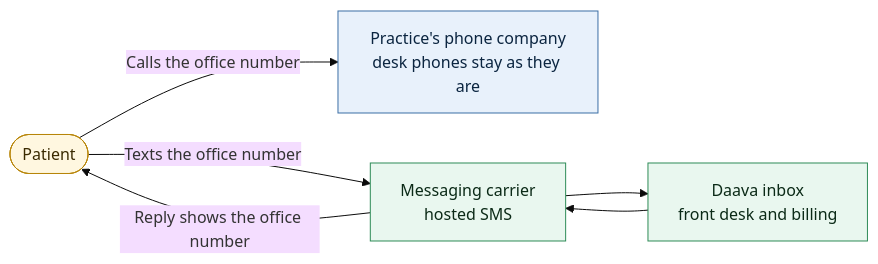
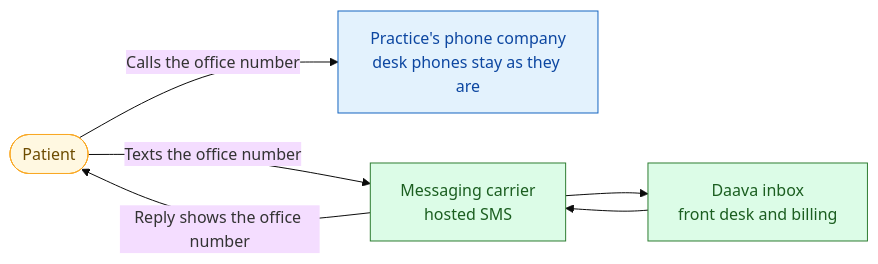
The second of 5 diagrams in docs/office-number-texting-report.md (daava-hq/shared-docs), drawn with Mermaid (base theme) before and after one commit. The commit also changed other lines of this file and 1 other file, not shown here.

````diff
--- a/docs/office-number-texting-report.md
+++ b/docs/office-number-texting-report.md
@@ -18,16 +83,17 @@
 ```mermaid
 flowchart LR
   PAT(["Patient"])
   PAT -- "Calls the office number" --> VOICE["Practice's phone company<br/>desk phones stay as they are"]
   PAT -- "Texts the office number" --> HOST["Messaging carrier<br/>hosted SMS"]
   HOST --> INBOX["Daava inbox<br/>front desk and billing"]
   INBOX --> HOST
   HOST -- "Reply shows the office number" --> PAT
 
-  classDef voice fill:#e8f1fb,stroke:#3b6ea5,color:#0b2540;
-  classDef host fill:#e9f7ef,stroke:#2e8b57,color:#0b2a17;
-  classDef pat fill:#fff7e0,stroke:#b8860b,color:#3a2a00;
-  class VOICE voice;
-  class HOST,INBOX host;
-  class PAT pat;
+  classDef voice fill:#e3f2fd,stroke:#1565c0,color:#0d47a1
+  classDef host fill:#dcfce7,stroke:#2e7d32,color:#1b5e20
+  classDef pat fill:#fff8e1,stroke:#f9a825,color:#6d4c00
+
+  class VOICE voice
+  class HOST,INBOX host
+  class PAT pat
 ```
````
